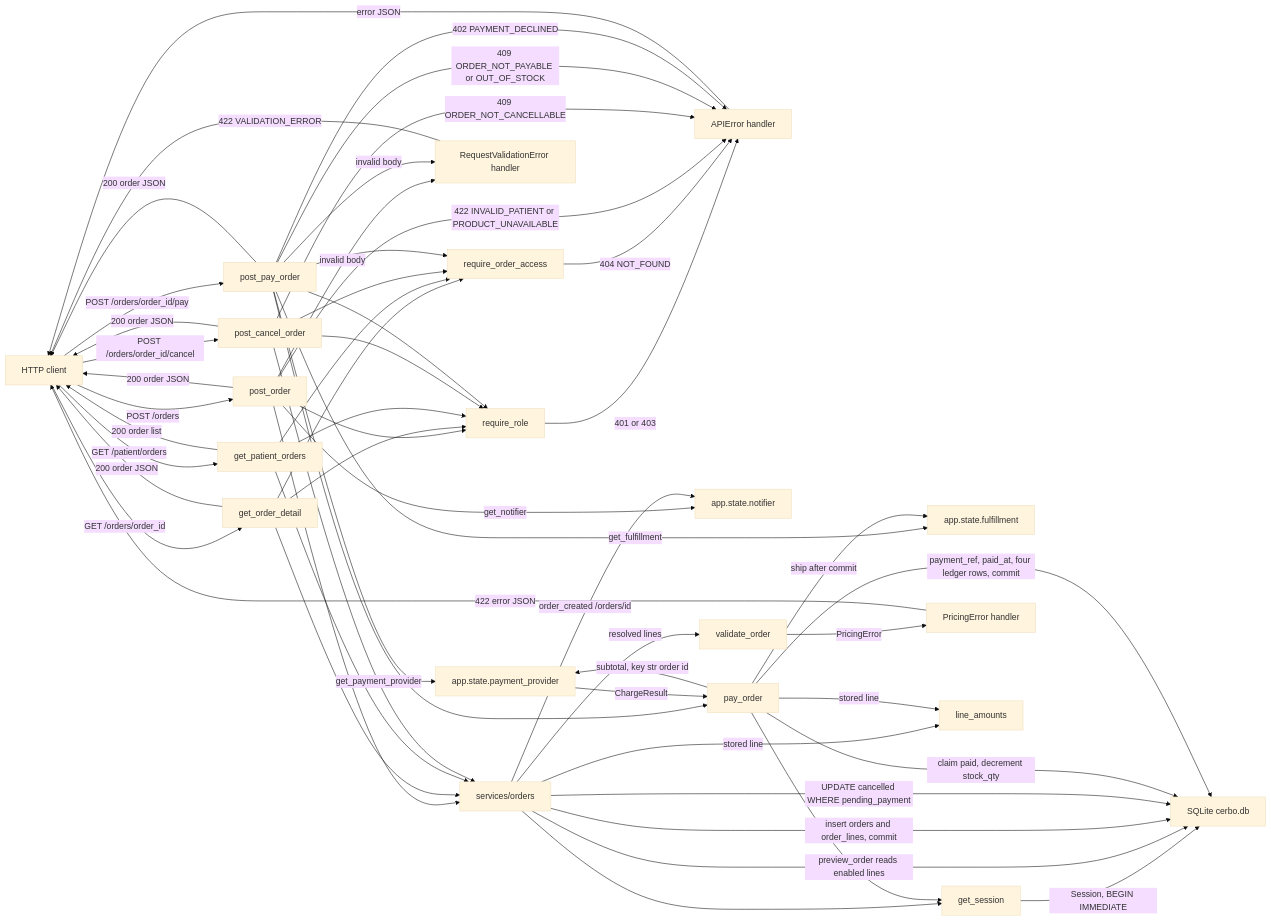
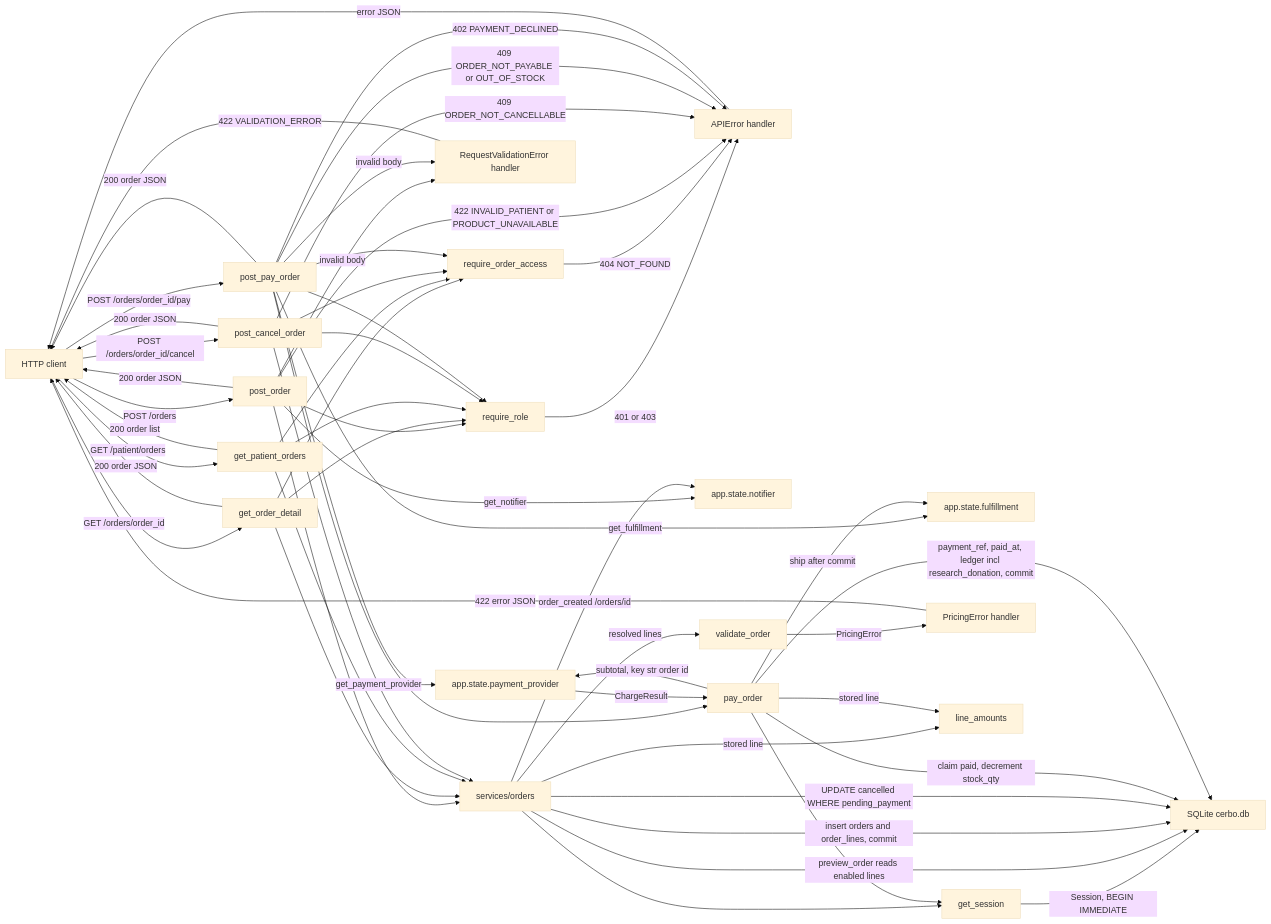
The second of 6 diagrams in docs/diagrams/data-flow.md (drtclem/cerbo_wk1), drawn with Mermaid (base theme) before and after one commit. The commit also changed other lines of this file and 46 other files, not shown here.

````diff
--- a/docs/diagrams/data-flow.md
+++ b/docs/diagrams/data-flow.md
@@ -75,61 +75,61 @@
 ```mermaid
 flowchart LR
   httpClient["HTTP client"] -->|"POST /orders"| postOrder["post_order"]
   httpClient -->|"GET /orders/order_id"| getOrderDetail["get_order_detail"]
   httpClient -->|"GET /patient/orders"| getPatientOrders["get_patient_orders"]
   httpClient -->|"POST /orders/order_id/cancel"| postCancel["post_cancel_order"]
   httpClient -->|"POST /orders/order_id/pay"| postPay["post_pay_order"]
 
   postOrder --> requireRole["require_role"]
   getOrderDetail --> requireRole
   getPatientOrders --> requireRole
   postCancel --> requireRole
   postPay --> requireRole
   requireRole -->|"401 or 403"| apiError["APIError handler"]
 
   postOrder -->|"get_notifier"| fakeNotifier["app.state.notifier"]
   postPay -->|"get_payment_provider"| paymentProvider["app.state.payment_provider"]
   postPay -->|"get_fulfillment"| fakeFulfillment["app.state.fulfillment"]
   postOrder --> ordersSvc["services/orders"]
   getOrderDetail --> ordersSvc
   getPatientOrders --> ordersSvc
   postCancel --> ordersSvc
   postPay --> paymentsSvc["pay_order"]
   getOrderDetail --> requireOrder["require_order_access"]
   getPatientOrders --> requireOrder
   postCancel --> requireOrder
   postPay --> requireOrder
   requireOrder -->|"404 NOT_FOUND"| apiError
 
   ordersSvc --> getSession["get_session"]
   paymentsSvc --> getSession
   getSession -->|"Session, BEGIN IMMEDIATE"| sqliteFile["SQLite cerbo.db"]
   ordersSvc -->|"preview_order reads enabled lines"| sqliteFile
   ordersSvc -->|"resolved lines"| validateOrder["validate_order"]
   validateOrder -->|"PricingError"| pricingHandler["PricingError handler"]
   pricingHandler -->|"422 error JSON"| httpClient
   ordersSvc -->|"insert orders and order_lines, commit"| sqliteFile
   ordersSvc -->|"UPDATE cancelled WHERE pending_payment"| sqliteFile
   ordersSvc -->|"order_created /orders/id"| fakeNotifier
   ordersSvc -->|"stored line"| lineAmounts["line_amounts"]
   paymentsSvc -->|"stored line"| lineAmounts
   paymentsSvc -->|"claim paid, decrement stock_qty"| sqliteFile
   paymentsSvc -->|"subtotal, key str order id"| paymentProvider
   paymentProvider -->|"ChargeResult"| paymentsSvc
-  paymentsSvc -->|"payment_ref, paid_at, four ledger rows, commit"| sqliteFile
+  paymentsSvc -->|"payment_ref, paid_at, ledger incl research_donation, commit"| sqliteFile
   paymentsSvc -->|"ship after commit"| fakeFulfillment
 
   postOrder -->|"422 INVALID_PATIENT or PRODUCT_UNAVAILABLE"| apiError
   postOrder -->|"invalid body"| validationHandler["RequestValidationError handler"]
   postPay -->|"invalid body"| validationHandler
   validationHandler -->|"422 VALIDATION_ERROR"| httpClient
   apiError -->|"error JSON"| httpClient
   postOrder -->|"200 order JSON"| httpClient
   getOrderDetail -->|"200 order JSON"| httpClient
   getPatientOrders -->|"200 order list"| httpClient
   postCancel -->|"200 order JSON"| httpClient
   postCancel -->|"409 ORDER_NOT_CANCELLABLE"| apiError
   postPay -->|"200 order JSON"| httpClient
   postPay -->|"409 ORDER_NOT_PAYABLE or OUT_OF_STOCK"| apiError
   postPay -->|"402 PAYMENT_DECLINED"| apiError
 ```
````
